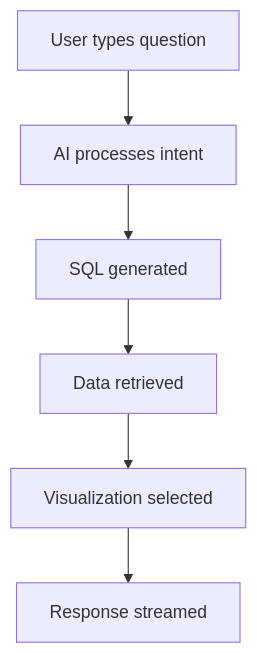
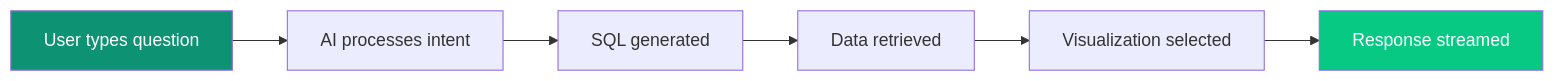
One commit to ashishsuperatom/tech-docs changed the diagram in platform/chat-agent.mdx. Above: the diagram before and after it, drawn with Mermaid. The commit also changed other lines of this file and 80 other files, not shown here.

````diff
--- a/platform/chat-agent.mdx
+++ b/platform/chat-agent.mdx
@@ -15,9 +31,11 @@
 ```mermaid
-flowchart TD
+flowchart LR
     USER["User types question"] --> AI["AI processes intent"]
     AI --> SQL["SQL generated"]
     SQL --> DATA["Data retrieved"]
     DATA --> VIZ["Visualization selected"]
     VIZ --> STREAM["Response streamed"]
 
+    style USER fill:#0D9373,color:#fff
+    style STREAM fill:#07C983,color:#fff
 ```
````
